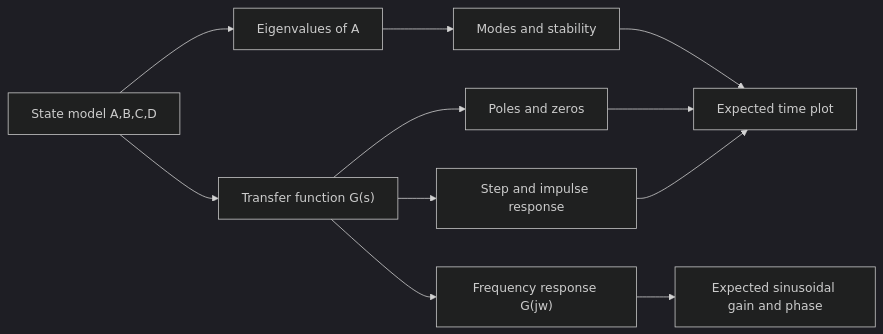
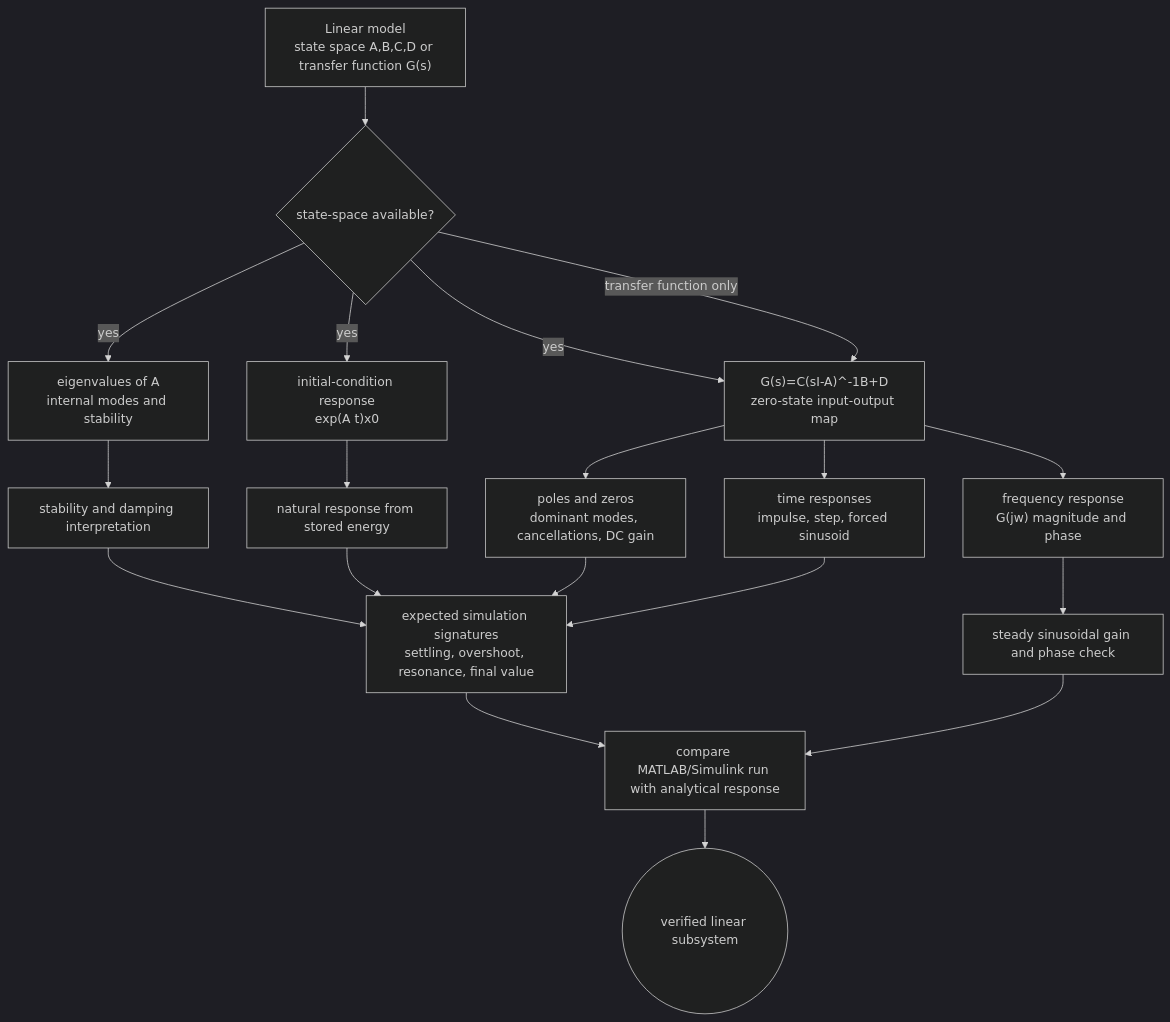
The diagram in docs/physics/simulation/linear-systems-transfer-functions-modes.md (justinbrianhwang/SJ-wiki), drawn with Mermaid (dark theme) before and after one commit. The commit also changed other lines of this file and 1858 other files, not shown here.

Commit message:
Upgrade Mermaid diagrams to real architecture level across DL/CS-systems/CS-applied/QIS/Physics+Math+Chem (~728 mermaid blocks total): detailed sublayers, residuals, dimensions, shape transitions, subgraph grouping

````diff
--- a/docs/physics/simulation/linear-systems-transfer-functions-modes.md
+++ b/docs/physics/simulation/linear-systems-transfer-functions-modes.md
@@ -99,13 +99,22 @@
 ```mermaid
-flowchart LR
-  A["State model A,B,C,D"] --> B[Eigenvalues of A]
-  A --> C["Transfer function G(s)"]
-  B --> D[Modes and stability]
-  C --> E[Poles and zeros]
-  C --> F[Step and impulse response]
-  C --> G["Frequency response G(jw)"]
-  D --> H[Expected time plot]
-  E --> H
-  F --> H
-  G --> I[Expected sinusoidal gain and phase]
+flowchart TB
+  Model["Linear model<br/>state space A,B,C,D or transfer function G(s)"] --> StatePath{"state-space available?"}
+  StatePath -- "yes" --> Eig["eigenvalues of A<br/>internal modes and stability"]
+  StatePath -- "yes" --> IC["initial-condition response<br/>exp(A t)x0"]
+  StatePath -- "yes" --> TF["G(s)=C(sI-A)^-1B+D<br/>zero-state input-output map"]
+  StatePath -- "transfer function only" --> TF
+
+  TF --> Poles["poles and zeros<br/>dominant modes, cancellations, DC gain"]
+  TF --> Time["time responses<br/>impulse, step, forced sinusoid"]
+  TF --> Freq["frequency response<br/>G(jw) magnitude and phase"]
+  Eig --> Stability["stability and damping interpretation"]
+  IC --> Natural["natural response from stored energy"]
+  Poles --> Expected["expected simulation signatures<br/>settling, overshoot, resonance, final value"]
+  Time --> Expected
+  Freq --> Sinusoid["steady sinusoidal gain and phase check"]
+  Stability --> Expected
+  Natural --> Expected
+  Expected --> Verify["compare MATLAB/Simulink run with analytical response"]
+  Sinusoid --> Verify
+  Verify --> Result(("verified linear subsystem"))
 ```
````
